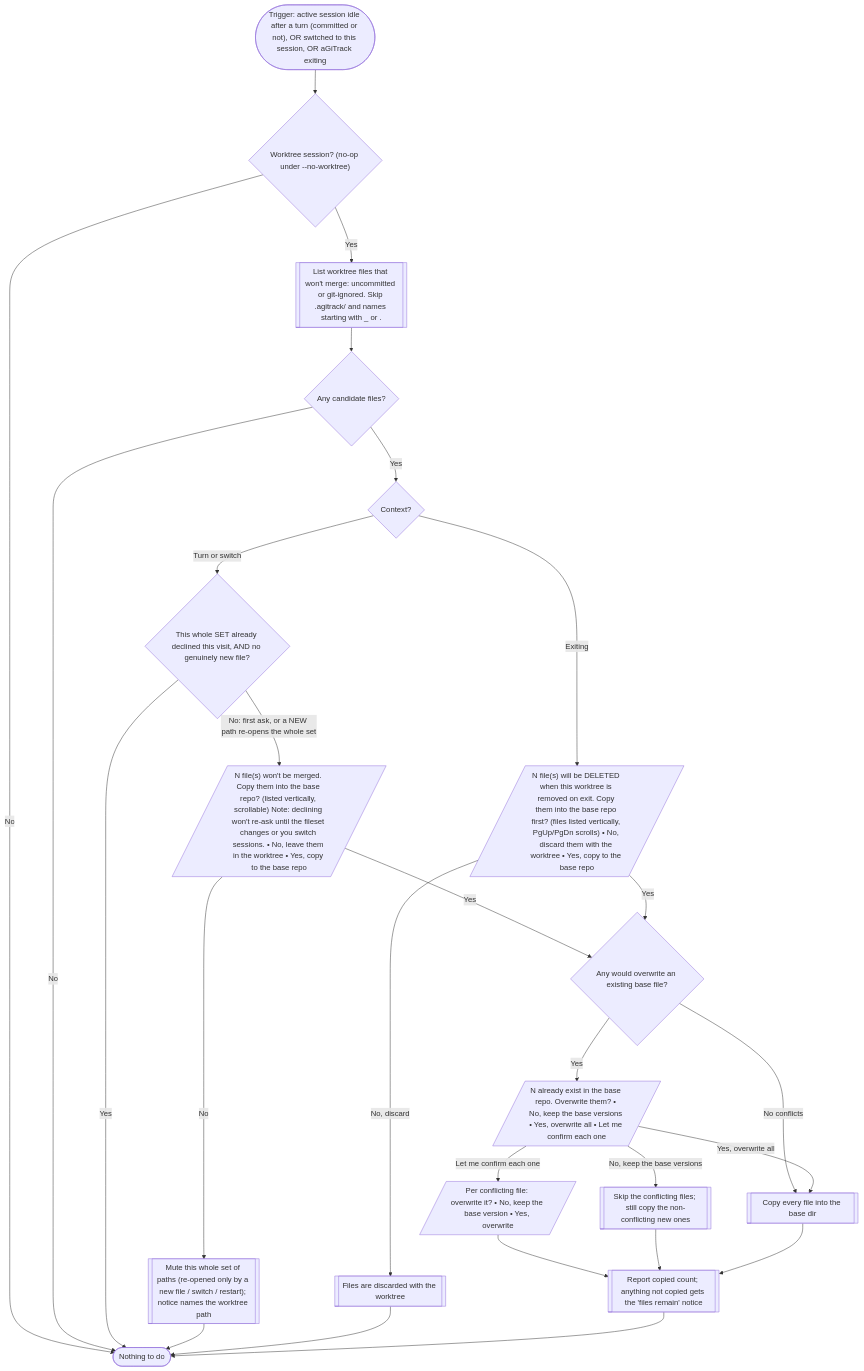
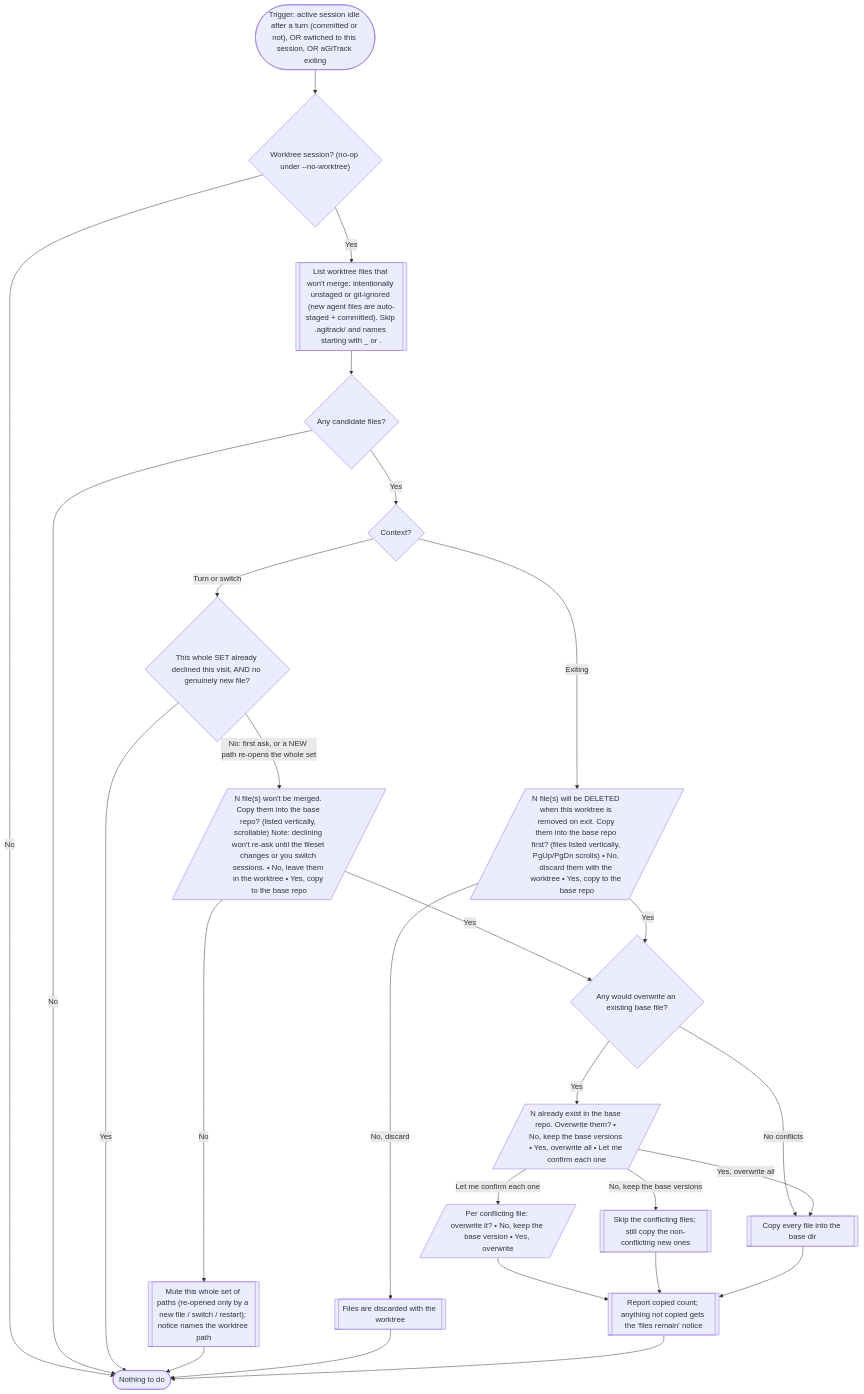
Before and after one commit to core-aix/agitrack: the seventh of 14 diagrams in docs/user-flow.md, drawn with Mermaid. The commit also changed 1 other file, not shown here.

````diff
--- a/docs/user-flow.md
+++ b/docs/user-flow.md
@@ -217,32 +217,32 @@
 ```mermaid
 flowchart TD
   start(["Trigger: active session idle after a turn (committed or not), OR switched to this session, OR aGiTrack exiting"]) --> wtq{"Worktree session? (no-op under --no-worktree)"}
   wtq -->|No| done(["Nothing to do"])
-  wtq -->|Yes| gather[["List worktree files that won't merge: uncommitted or git-ignored. Skip .agitrack/ and names starting with _ or ."]]
+  wtq -->|Yes| gather[["List worktree files that won't merge: intentionally unstaged or git-ignored (new agent files are auto-staged + committed). Skip .agitrack/ and names starting with _ or ."]]
   gather --> any{"Any candidate files?"}
   any -->|No| done
   any -->|Yes| ctx{"Context?"}
 
   ctx -->|Exiting| offerx[/"N file(s) will be DELETED when this worktree is removed on exit. Copy them into the base repo first? (files listed vertically, PgUp/PgDn scrolls) • No, discard them with the worktree • Yes, copy to the base repo"/]
   ctx -->|Turn or switch| muted{"This whole SET already declined this visit, AND no genuinely new file?"}
   muted -->|Yes| done
   muted -->|No: first ask, or a NEW path re-opens the whole set| offer[/"N file(s) won't be merged. Copy them into the base repo? (listed vertically, scrollable) Note: declining won't re-ask until the fileset changes or you switch sessions. • No, leave them in the worktree • Yes, copy to the base repo"/]
 
   offer -->|No| mute[["Mute this whole set of paths (re-opened only by a new file / switch / restart); notice names the worktree path"]]
   offerx -->|No, discard| disc[["Files are discarded with the worktree"]]
   mute --> done
   disc --> done
 
   offer -->|Yes| conflictq{"Any would overwrite an existing base file?"}
   offerx -->|Yes| conflictq
   conflictq -->|No conflicts| copyall[["Copy every file into the base dir"]]
   conflictq -->|Yes| ow[/"N already exist in the base repo. Overwrite them? • No, keep the base versions • Yes, overwrite all • Let me confirm each one"/]
 
   ow -->|No, keep the base versions| skipc[["Skip the conflicting files; still copy the non-conflicting new ones"]]
   ow -->|Yes, overwrite all| copyall
   ow -->|Let me confirm each one| each[/"Per conflicting file: overwrite it? • No, keep the base version • Yes, overwrite"/]
   each --> tally
   skipc --> tally
   copyall --> tally[["Report copied count; anything not copied gets the 'files remain' notice"]]
   tally --> done
 ```
````
